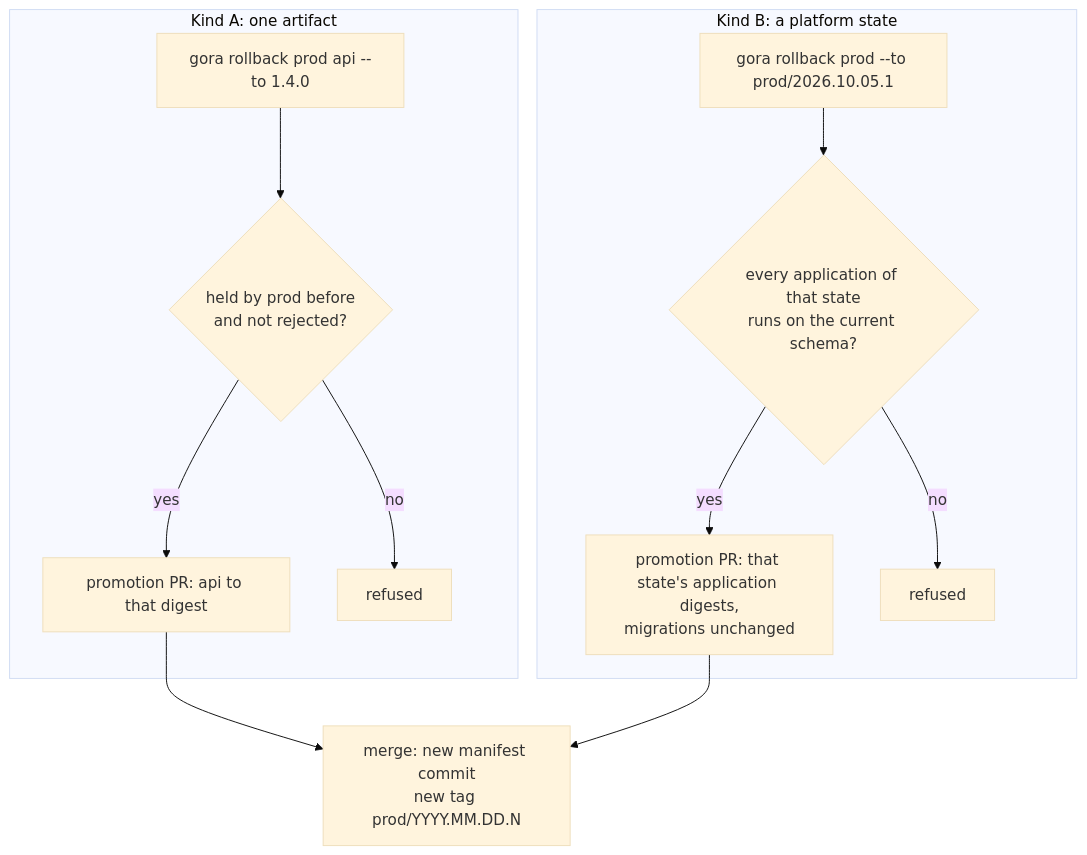
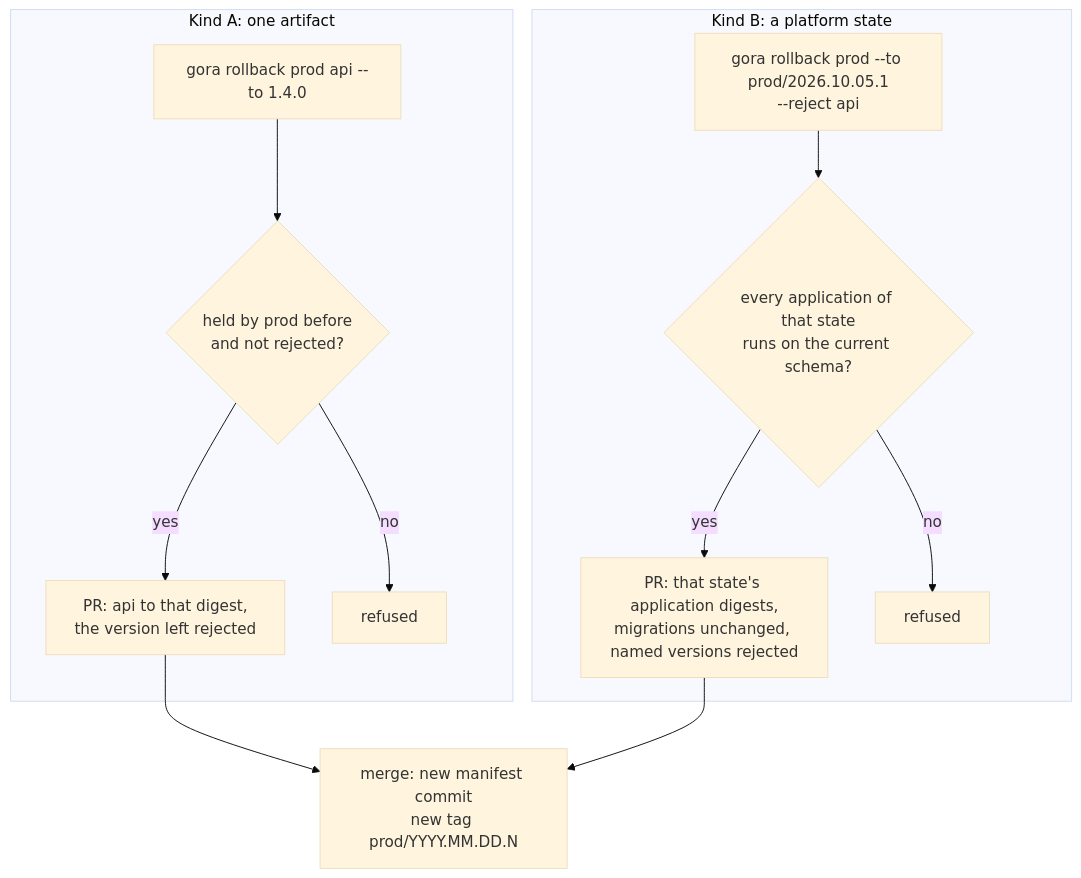
One commit to gora-tools/gora changed the seventh of 8 diagrams in docs/architecture/release-model.md. Above: the diagram before and after it, drawn with Mermaid (base theme). The commit also changed other lines of this file and 11 other files, not shown here.

````diff
--- a/docs/architecture/release-model.md
+++ b/docs/architecture/release-model.md
@@ -229,15 +275,15 @@
 ```mermaid
 flowchart TB
   subgraph KA["Kind A: one artifact"]
     A1["gora rollback prod api --to 1.4.0"] --> A2{"held by prod before<br/>and not rejected?"}
-    A2 -->|"yes"| A3["promotion PR: api to that digest"]
+    A2 -->|"yes"| A3["PR: api to that digest,<br/>the version left rejected"]
     A2 -->|"no"| A4["refused"]
   end
   subgraph KB["Kind B: a platform state"]
-    B1["gora rollback prod --to prod/2026.10.05.1"] --> B2{"every application of that state<br/>runs on the current schema?"}
-    B2 -->|"yes"| B3["promotion PR: that state's application digests,<br/>migrations unchanged"]
+    B1["gora rollback prod --to prod/2026.10.05.1<br/>--reject api"] --> B2{"every application of that state<br/>runs on the current schema?"}
+    B2 -->|"yes"| B3["PR: that state's application digests,<br/>migrations unchanged, named versions rejected"]
     B2 -->|"no"| B4["refused"]
   end
   A3 --> N["merge: new manifest commit<br/>new tag prod/YYYY.MM.DD.N"]
   B3 --> N
 ```
````
